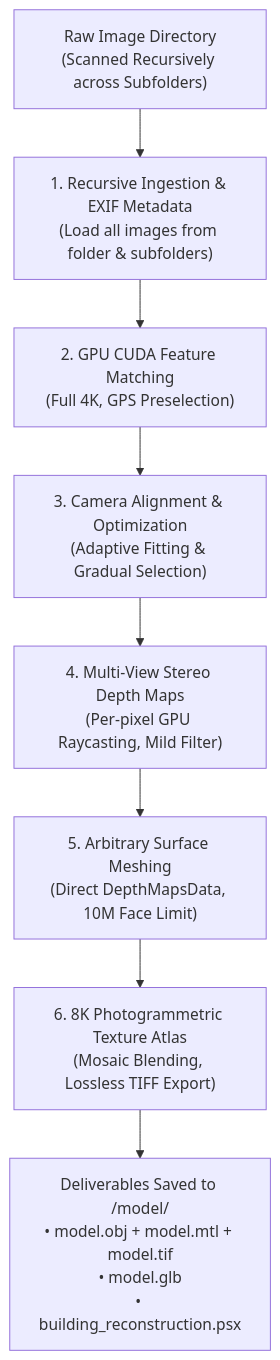
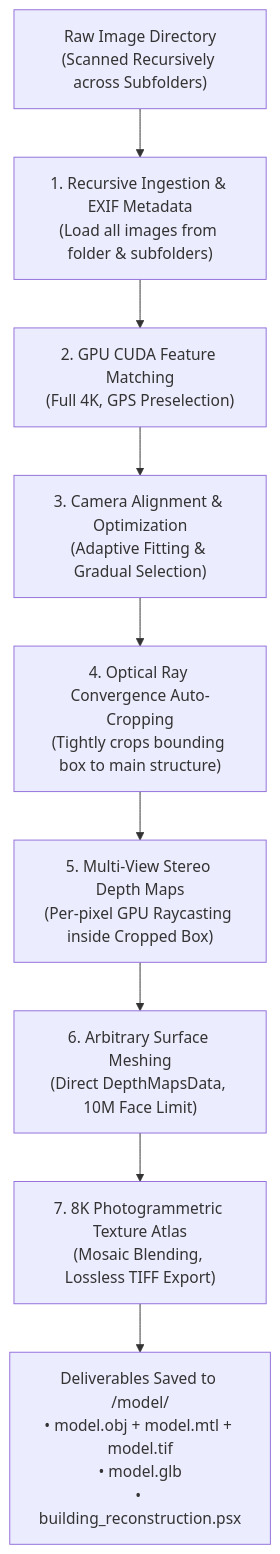
The diagram in skills/user/image-to-3d-model/SKILL.md (ngviettam82/AutoMetashape), drawn with Mermaid before and after one commit. The commit also changed other lines of this file and 1 other file, not shown here.

Commit message:
feat: Add camera ray convergence auto-cropping to main structure

````diff
--- a/skills/user/image-to-3d-model/SKILL.md
+++ b/skills/user/image-to-3d-model/SKILL.md
@@ -33,10 +34,11 @@
 ```mermaid
 flowchart TD
     A["Raw Image Directory<br/>(Scanned Recursively across Subfolders)"] --> B["1. Recursive Ingestion & EXIF Metadata<br/>(Load all images from folder & subfolders)"]
     B --> C["2. GPU CUDA Feature Matching<br/>(Full 4K, GPS Preselection)"]
     C --> D["3. Camera Alignment & Optimization<br/>(Adaptive Fitting & Gradual Selection)"]
-    D --> E["4. Multi-View Stereo Depth Maps<br/>(Per-pixel GPU Raycasting, Mild Filter)"]
-    E --> F["5. Arbitrary Surface Meshing<br/>(Direct DepthMapsData, 10M Face Limit)"]
-    F --> G["6. 8K Photogrammetric Texture Atlas<br/>(Mosaic Blending, Lossless TIFF Export)"]
-    G --> H["Deliverables Saved to <images_dir>/model/<br/>• model.obj + model.mtl + model.tif<br/>• model.glb<br/>• building_reconstruction.psx"]
+    D --> E["4. Optical Ray Convergence Auto-Cropping<br/>(Tightly crops bounding box to main structure)"]
+    E --> F["5. Multi-View Stereo Depth Maps<br/>(Per-pixel GPU Raycasting inside Cropped Box)"]
+    F --> G["6. Arbitrary Surface Meshing<br/>(Direct DepthMapsData, 10M Face Limit)"]
+    G --> H["7. 8K Photogrammetric Texture Atlas<br/>(Mosaic Blending, Lossless TIFF Export)"]
+    H --> I["Deliverables Saved to <images_dir>/model/<br/>• model.obj + model.mtl + model.tif<br/>• model.glb<br/>• building_reconstruction.psx"]
 ```
````
